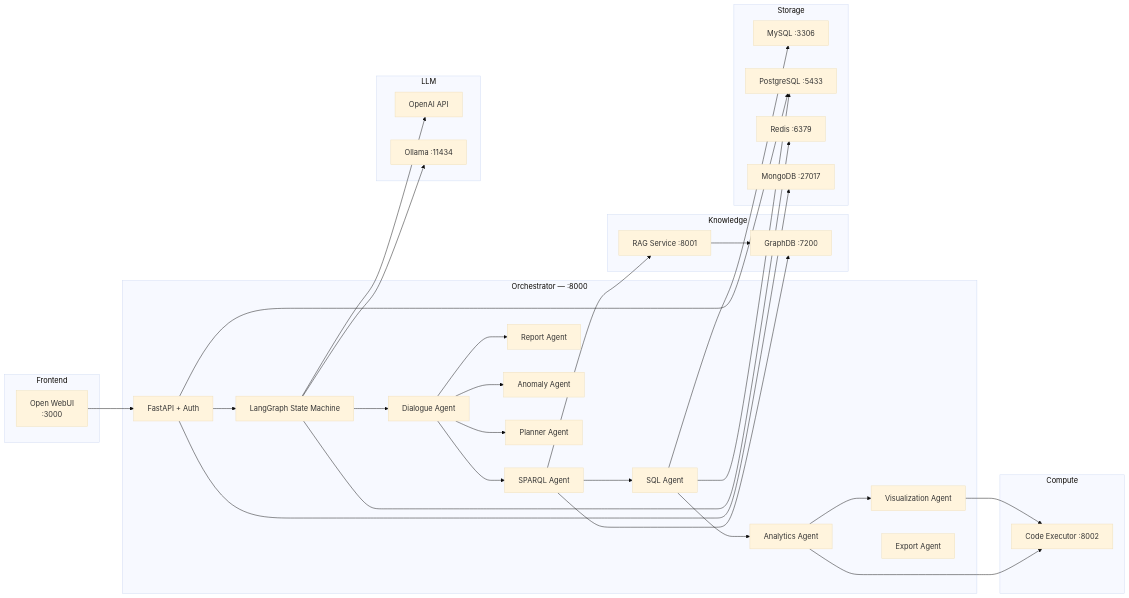
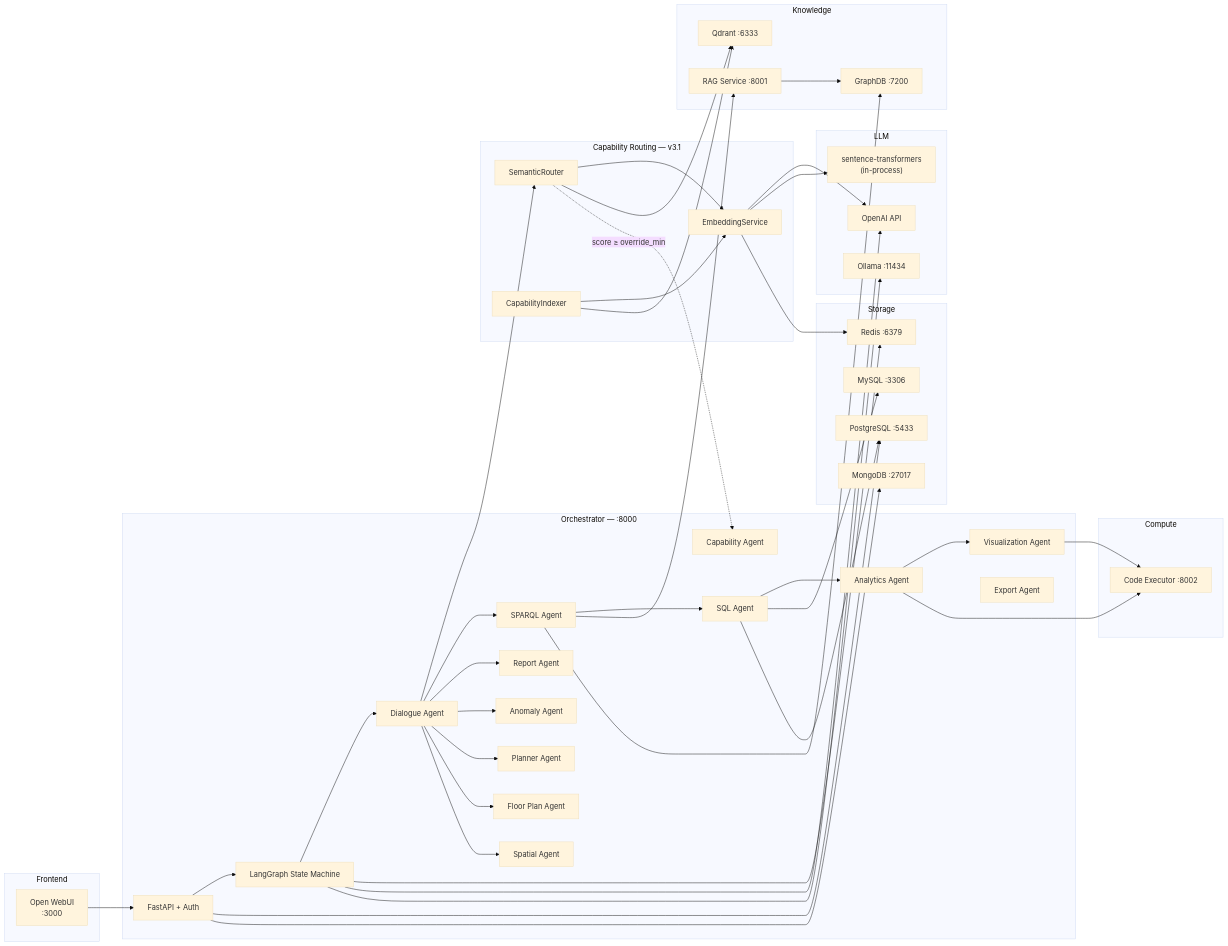
Before and after one commit to suhasdevmane/OntoSage: the diagram in docs/ARCHITECTURE.md, drawn with Mermaid (base theme). The commit also changed other lines of this file and 11 other files, not shown here.

First line of the commit message:
docs(gh-pages): document capability semantic routing across all MkDocs pages

```diff
--- a/docs/ARCHITECTURE.md
+++ b/docs/ARCHITECTURE.md
@@ -30,6 +30,7 @@
         FW["FastAPI + Auth"]
         LG["LangGraph State Machine"]
         DA["Dialogue Agent"]
+        CAPA["Capability Agent"]
         SPA["SPARQL Agent"]
         SQLA["SQL Agent"]
         ANA["Analytics Agent"]
@@ -38,11 +39,20 @@
         ANO["Anomaly Agent"]
         PLA["Planner Agent"]
         EXP["Export Agent"]
+        FPA["Floor Plan Agent"]
+        SQA["Spatial Agent"]
+    end
+
+    subgraph "Capability Routing — v3.1"
+        SR["SemanticRouter"]
+        CI["CapabilityIndexer"]
+        ES["EmbeddingService"]
     end
 
     subgraph "Knowledge"
         RAGS["RAG Service :8001"]
         GDB["GraphDB :7200"]
+        QD["Qdrant :6333"]
     end
 
     subgraph "Storage"
@@ -59,15 +69,26 @@
     subgraph "LLM"
         OAI["OpenAI API"]
         OLL["Ollama :11434"]
+        ST["sentence-transformers<br/>(in-process)"]
     end
 
     OW --> FW
     FW --> LG
     LG --> DA
+    DA --> SR
+    SR --> ES
+    SR --> QD
+    SR -. score ≥ override_min .-> CAPA
+    CI --> ES
+    CI --> QD
+    ES --> OAI
+    ES --> ST
     DA --> SPA
     DA --> REP
     DA --> ANO
     DA --> PLA
+    DA --> FPA
+    DA --> SQA
     SPA --> SQLA
     SQLA --> ANA
     ANA --> VISA
@@ -79,6 +100,7 @@
     ANA --> CE
     VISA --> CE
     LG --> Redis
+    ES --> Redis
     FW --> PG
     FW --> Mongo
     LG --> OAI
```
